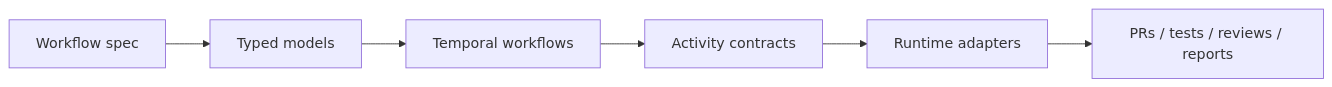
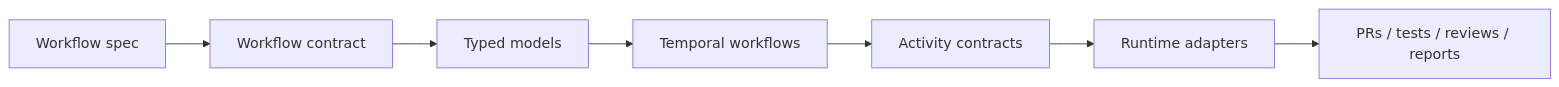
One commit to el-zachariah/el-zachariahs-drivers changed the second of 2 diagrams in docs/architecture.md. Above: the diagram before and after it, drawn with Mermaid. The commit also changed other lines of this file and 5 other files, not shown here.

Commit message:
docs: add workflow contract proposal

````diff
--- a/docs/architecture.md
+++ b/docs/architecture.md
@@ -47,8 +49,9 @@
 ```mermaid
 flowchart LR
-  Spec[Workflow spec] --> Models[Typed models]
+  Spec[Workflow spec] --> Contract[Workflow contract]
+  Contract --> Models[Typed models]
   Models --> Workflows[Temporal workflows]
   Workflows --> Activities[Activity contracts]
   Activities --> Adapters[Runtime adapters]
   Adapters --> Evidence[PRs / tests / reviews / reports]
 ```
````
